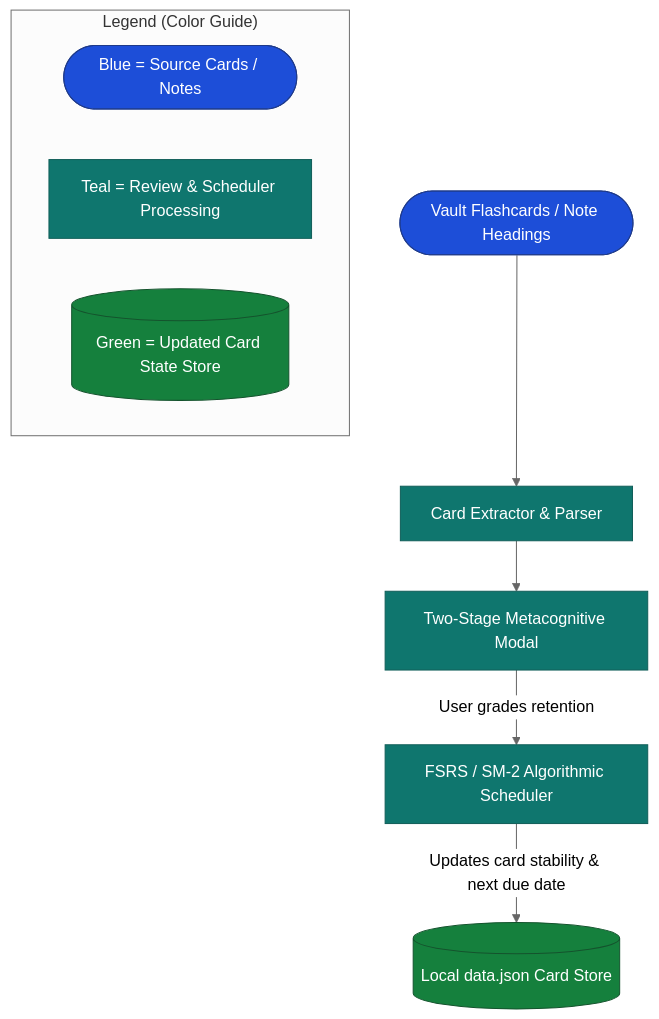
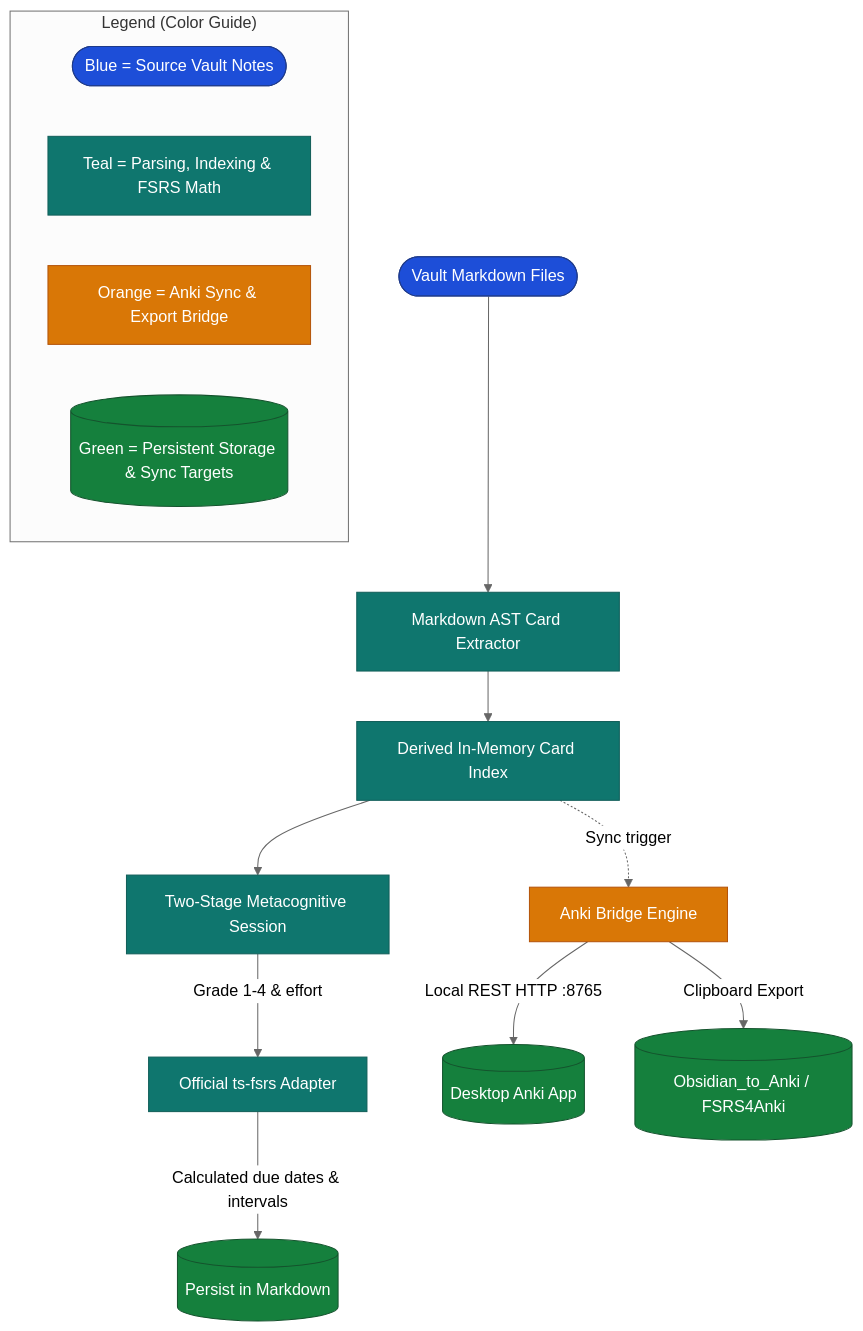
One commit to Mostakim2005/practice-engine changed the diagram in docs/ARCHITECTURE.md. Above: the diagram before and after it, drawn with Mermaid (neutral theme). The commit also changed other lines of this file and 3 other files, not shown here.

Commit message:
docs: sync architecture, visual logs, and traps for v3.0.0 merge

````diff
--- a/docs/ARCHITECTURE.md
+++ b/docs/ARCHITECTURE.md
@@ -6,18 +6,25 @@
 ```mermaid
 flowchart TB
     %% Color Definitions (Obsidian & GitHub compatible)
     classDef startNode fill:#1d4ed8,stroke:#1e3a8a,color:#ffffff
     classDef processNode fill:#0f766e,stroke:#115e59,color:#ffffff
+    classDef syncNode fill:#d97706,stroke:#b45309,color:#ffffff
     classDef outputNode fill:#15803d,stroke:#14532d,color:#ffffff
 
-    Deck([Vault Flashcards / Note Headings]):::startNode --> Parser[Card Extractor & Parser]:::processNode
-    Parser --> ReviewModal[Two-Stage Metacognitive Modal]:::processNode
-    ReviewModal -->|User grades retention| Scheduler[FSRS / SM-2 Algorithmic Scheduler]:::processNode
-    Scheduler -->|Updates card stability & next due date| Database[(Local data.json Card Store)]:::outputNode
+    Vault([Vault Markdown Files]):::startNode --> AST[Markdown AST Card Extractor]:::processNode
+    AST --> Indexer[Derived In-Memory Card Index]:::processNode
+    Indexer --> Review[Two-Stage Metacognitive Session]:::processNode
+    Review -->|Grade 1-4 & effort| FSRS[Official ts-fsrs Adapter]:::processNode
+    FSRS -->|Calculated due dates & intervals| VaultUpdate[(Persist <!--pe-meta--> in Markdown)]:::outputNode
+
+    Indexer -.->|Sync trigger| Bridge[Anki Bridge Engine]:::syncNode
+    Bridge -->|Local REST HTTP :8765| AnkiConnect[(Desktop Anki App)]:::outputNode
+    Bridge -->|Clipboard Export| ExternalTools[(Obsidian_to_Anki / FSRS4Anki)]:::outputNode
 
     subgraph Legend["Legend (Color Guide)"]
-        L1([Blue = Source Cards / Notes]):::startNode
-        L2[Teal = Review & Scheduler Processing]:::processNode
-        L3[(Green = Updated Card State Store)]:::outputNode
+        L1([Blue = Source Vault Notes]):::startNode
+        L2[Teal = Parsing, Indexing & FSRS Math]:::processNode
+        L3[Orange = Anki Sync & Export Bridge]:::syncNode
+        L4[(Green = Persistent Storage & Sync Targets)]:::outputNode
     end
 ```
````
